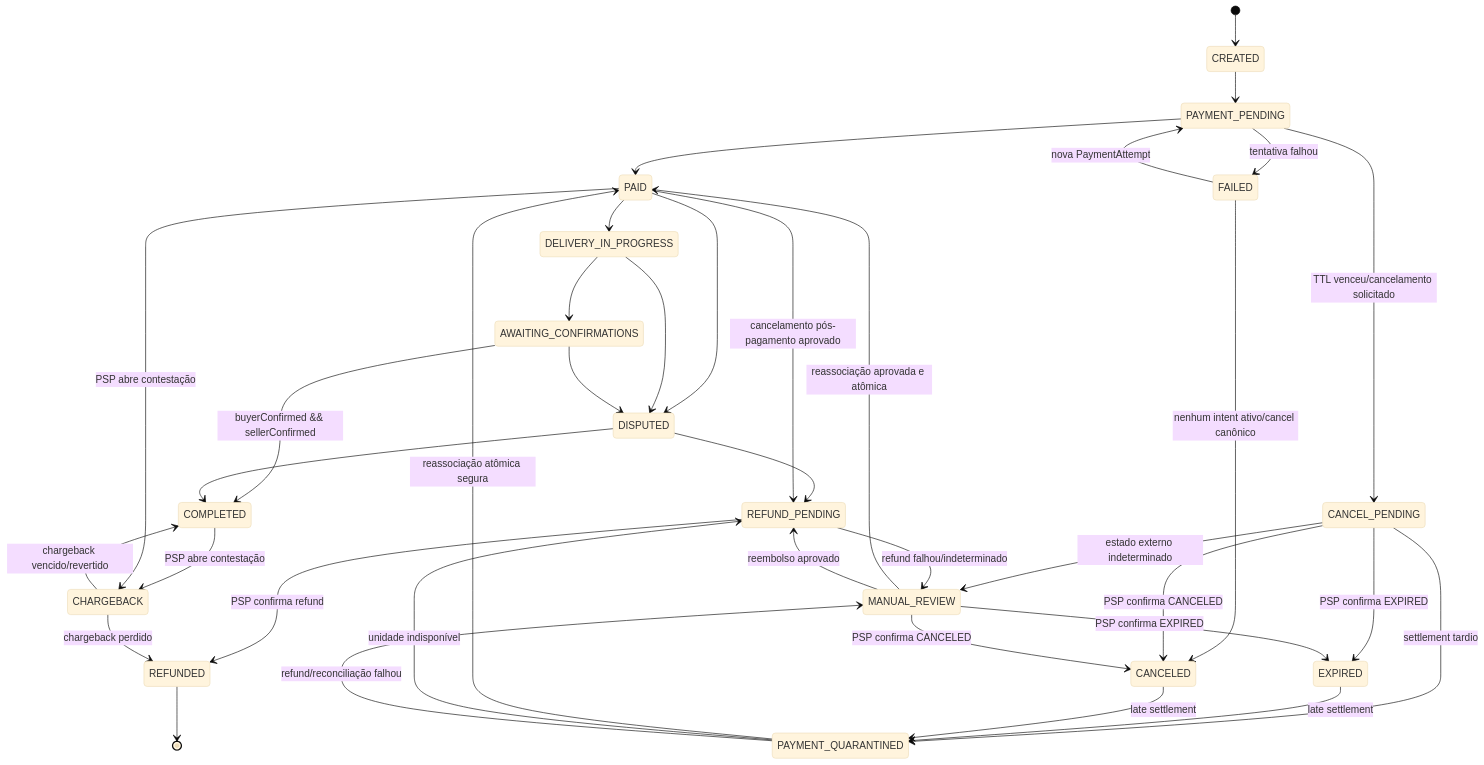
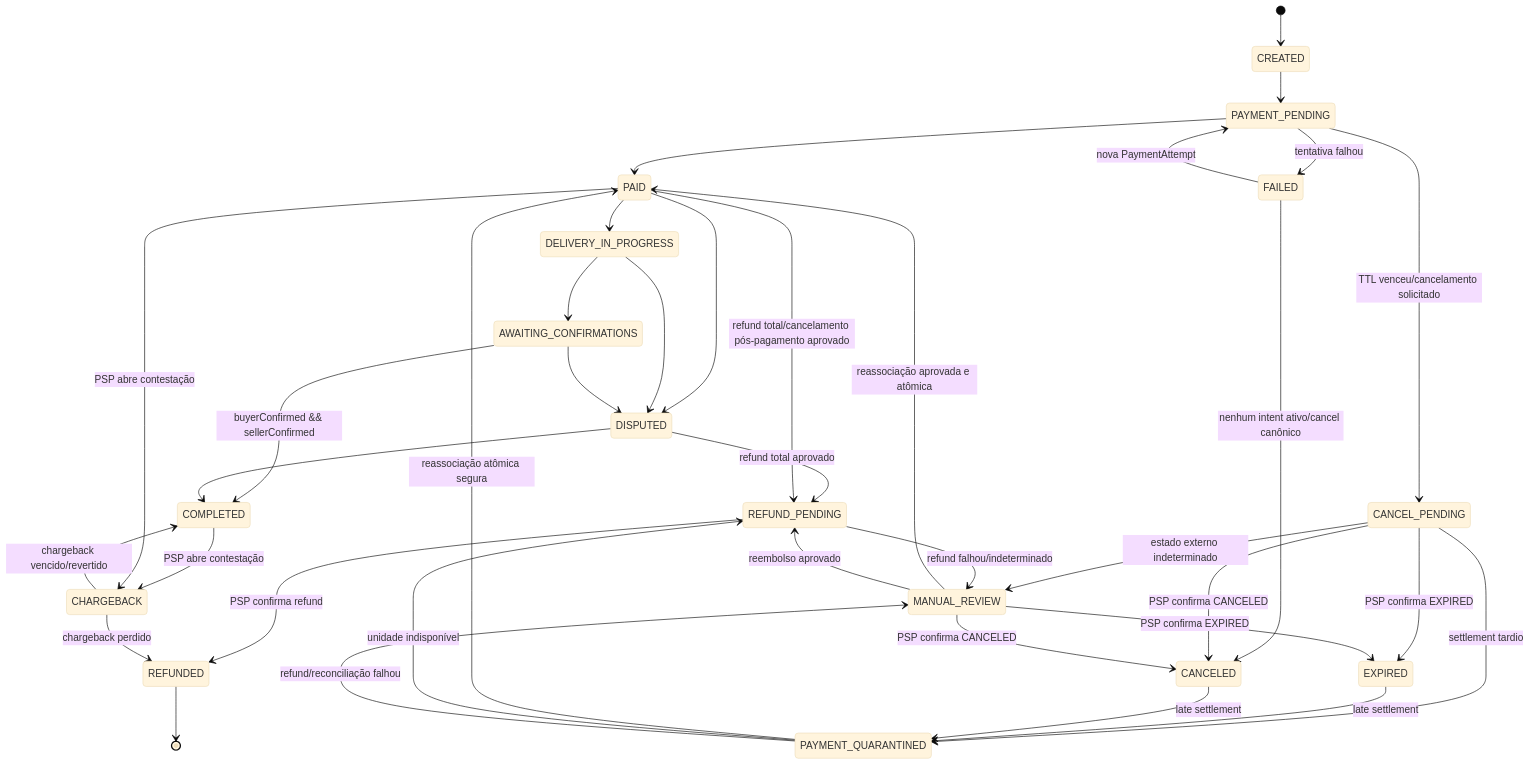
Diagram 16 of 34 in docs/02-UML-ARQUITETURA.md (ehrodan/MARKEPLACE), drawn with Mermaid (base theme) before and after one commit. The commit also changed other lines of this file and 852 other files, not shown here.

````diff
--- a/docs/02-UML-ARQUITETURA.md
+++ b/docs/02-UML-ARQUITETURA.md
@@ -662,39 +957,39 @@
 ```mermaid
 stateDiagram-v2
     [*] --> CREATED
     CREATED --> PAYMENT_PENDING
     PAYMENT_PENDING --> PAID
     PAYMENT_PENDING --> FAILED: tentativa falhou
     FAILED --> PAYMENT_PENDING: nova PaymentAttempt
     FAILED --> CANCELED: nenhum intent ativo/cancel canônico
     PAYMENT_PENDING --> CANCEL_PENDING: TTL venceu/cancelamento solicitado
     CANCEL_PENDING --> EXPIRED: PSP confirma EXPIRED
     CANCEL_PENDING --> CANCELED: PSP confirma CANCELED
     CANCEL_PENDING --> PAYMENT_QUARANTINED: settlement tardio
     CANCEL_PENDING --> MANUAL_REVIEW: estado externo indeterminado
     EXPIRED --> PAYMENT_QUARANTINED: late settlement
     CANCELED --> PAYMENT_QUARANTINED: late settlement
     PAYMENT_QUARANTINED --> PAID: reassociação atômica segura
     PAYMENT_QUARANTINED --> REFUND_PENDING: unidade indisponível
     PAYMENT_QUARANTINED --> MANUAL_REVIEW: refund/reconciliação falhou
     MANUAL_REVIEW --> PAID: reassociação aprovada e atômica
     MANUAL_REVIEW --> REFUND_PENDING: reembolso aprovado
     MANUAL_REVIEW --> EXPIRED: PSP confirma EXPIRED
     MANUAL_REVIEW --> CANCELED: PSP confirma CANCELED
     REFUND_PENDING --> REFUNDED: PSP confirma refund
     REFUND_PENDING --> MANUAL_REVIEW: refund falhou/indeterminado
     PAID --> DELIVERY_IN_PROGRESS
     DELIVERY_IN_PROGRESS --> AWAITING_CONFIRMATIONS
     AWAITING_CONFIRMATIONS --> COMPLETED: buyerConfirmed && sellerConfirmed
     PAID --> DISPUTED
     DELIVERY_IN_PROGRESS --> DISPUTED
     AWAITING_CONFIRMATIONS --> DISPUTED
     DISPUTED --> COMPLETED
-    DISPUTED --> REFUND_PENDING
-    PAID --> REFUND_PENDING: cancelamento pós-pagamento aprovado
+    DISPUTED --> REFUND_PENDING: refund total aprovado
+    PAID --> REFUND_PENDING: refund total/cancelamento pós-pagamento aprovado
     COMPLETED --> CHARGEBACK: PSP abre contestação
     PAID --> CHARGEBACK: PSP abre contestação
     CHARGEBACK --> COMPLETED: chargeback vencido/revertido
     CHARGEBACK --> REFUNDED: chargeback perdido
     REFUNDED --> [*]
 ```
````
